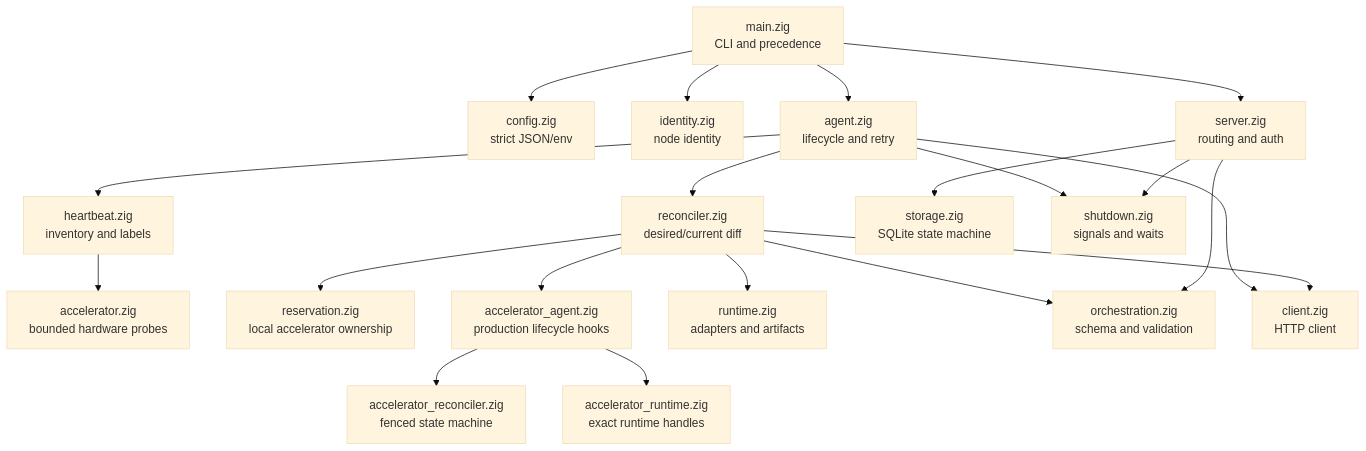
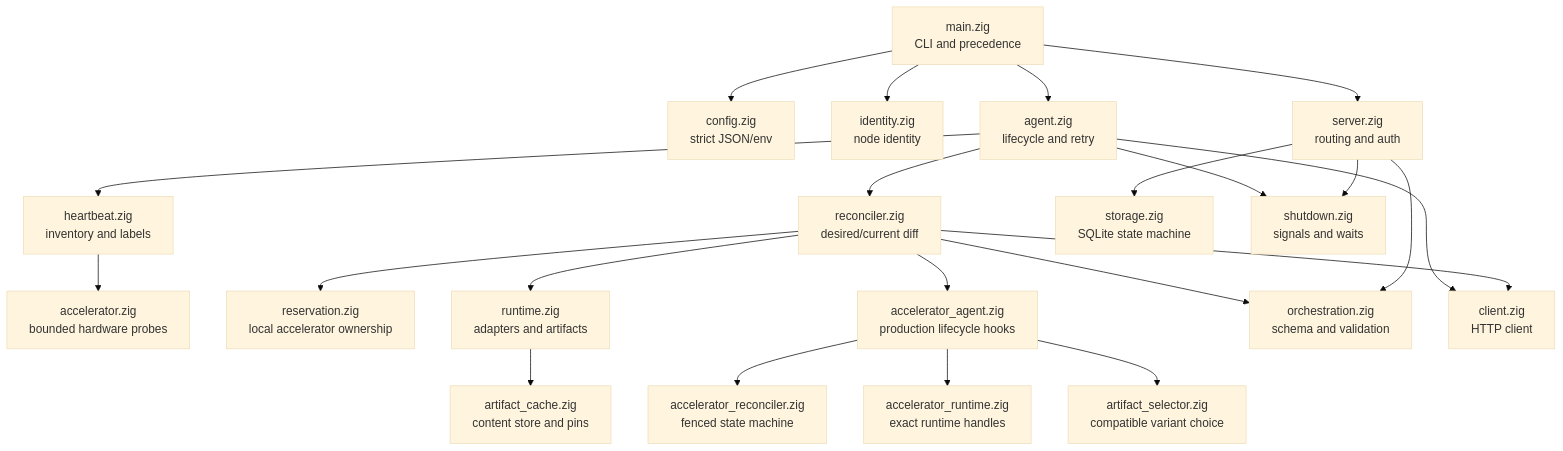
Before and after one commit to ziwon/nimbus: the second of 3 diagrams in docs/architecture.md, drawn with Mermaid (base theme). The commit also changed other lines of this file and 3 other files, not shown here.

````diff
--- a/docs/architecture.md
+++ b/docs/architecture.md
@@ -99,40 +99,44 @@
 ```mermaid
 flowchart TB
     Main[main.zig<br/>CLI and precedence]
     Config[config.zig<br/>strict JSON/env]
     Identity[identity.zig<br/>node identity]
     Heartbeat[heartbeat.zig<br/>inventory and labels]
     Accelerator[accelerator.zig<br/>bounded hardware probes]
     Agent[agent.zig<br/>lifecycle and retry]
     Reconcile[reconciler.zig<br/>desired/current diff]
     Reservation[reservation.zig<br/>local accelerator ownership]
     AcceleratorAgent[accelerator_agent.zig<br/>production lifecycle hooks]
     AcceleratorReconcile[accelerator_reconciler.zig<br/>fenced state machine]
     AcceleratorRuntime[accelerator_runtime.zig<br/>exact runtime handles]
+    ArtifactSelector[artifact_selector.zig<br/>compatible variant choice]
+    ArtifactCache[artifact_cache.zig<br/>content store and pins]
     Runtime[runtime.zig<br/>adapters and artifacts]
     Protocol[orchestration.zig<br/>schema and validation]
     Client[client.zig<br/>HTTP client]
     Server[server.zig<br/>routing and auth]
     Storage[storage.zig<br/>SQLite state machine]
     Shutdown[shutdown.zig<br/>signals and waits]
 
     Main --> Config
     Main --> Identity
     Main --> Agent
     Main --> Server
     Agent --> Heartbeat
     Heartbeat --> Accelerator
     Agent --> Reconcile
     Agent --> Client
     Agent --> Shutdown
     Reconcile --> Protocol
     Reconcile --> Reservation
     Reconcile --> Runtime
     Reconcile --> AcceleratorAgent
     AcceleratorAgent --> AcceleratorReconcile
     AcceleratorAgent --> AcceleratorRuntime
+    AcceleratorAgent --> ArtifactSelector
+    Runtime --> ArtifactCache
     Reconcile --> Client
     Server --> Protocol
     Server --> Storage
     Server --> Shutdown
 ```
````
